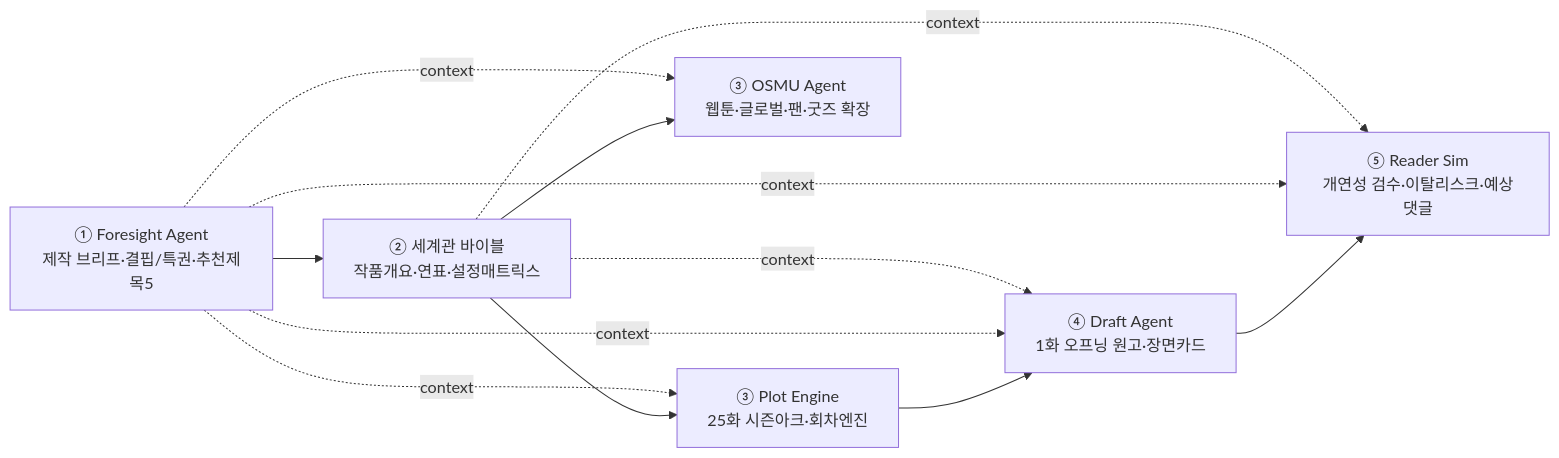
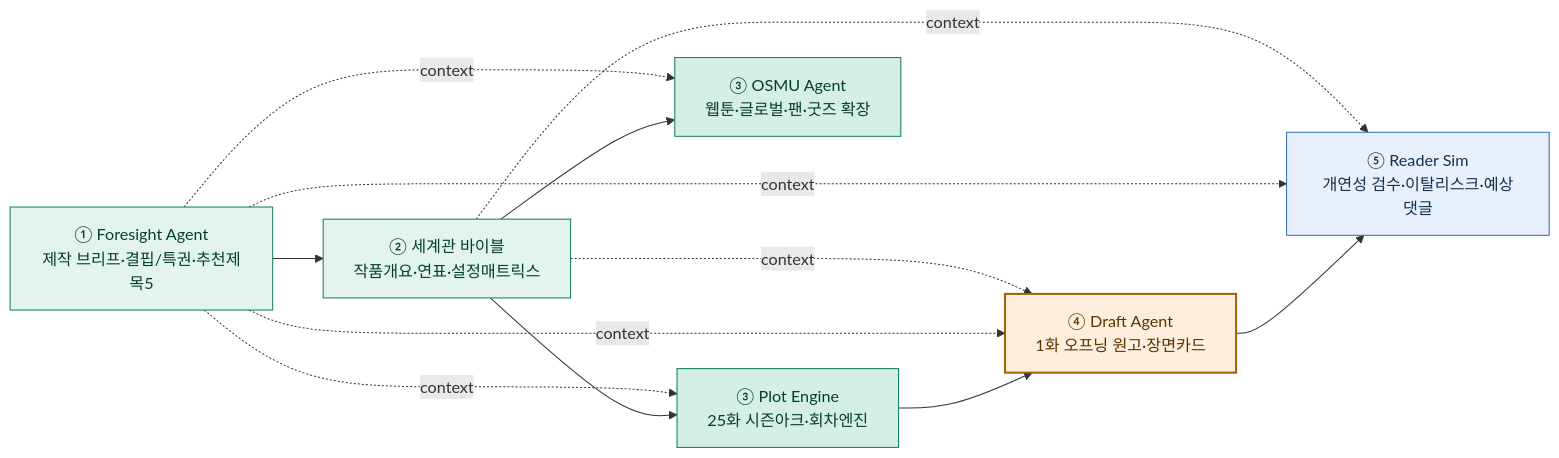
Before and after one commit to swparklab/webnovel-ip-agent: the third of 7 diagrams in README.md, drawn with Mermaid. The commit also changed other lines of this file, not shown here.

First line of the commit message:
docs: 워크플로우 도면 FIG.1~7에 계층별 색상(classDef) 적용

````diff
--- a/README.md
+++ b/README.md
@@ -107,17 +148,26 @@
 ```mermaid
 flowchart LR
     F["① Foresight Agent<br/>제작 브리프·결핍/특권·추천제목5"]
     W["② 세계관 바이블<br/>작품개요·연표·설정매트릭스"]
     P["③ Plot Engine<br/>25화 시즌아크·회차엔진"]
     O["③ OSMU Agent<br/>웹툰·글로벌·팬·굿즈 확장"]
     D["④ Draft Agent<br/>1화 오프닝 원고·장면카드"]
     R["⑤ Reader Sim<br/>개연성 검수·이탈리스크·예상댓글"]
     F --> W --> P --> D --> R
     W --> O
     F -. context .-> P
     F -. context .-> O
     F -. context .-> D
     F -. context .-> R
     W -. context .-> D
     W -. context .-> R
+
+    classDef setup fill:#e3f4ee,stroke:#0c7b63,color:#063d31
+    classDef build fill:#d6efe5,stroke:#0c7b63,color:#063d31
+    classDef draft fill:#fdeede,stroke:#a55f00,stroke-width:2px,color:#5a3300
+    classDef review fill:#e7f0fb,stroke:#2f6db0,color:#13314f
+    class F,W setup
+    class P,O build
+    class D draft
+    class R review
 ```
````
